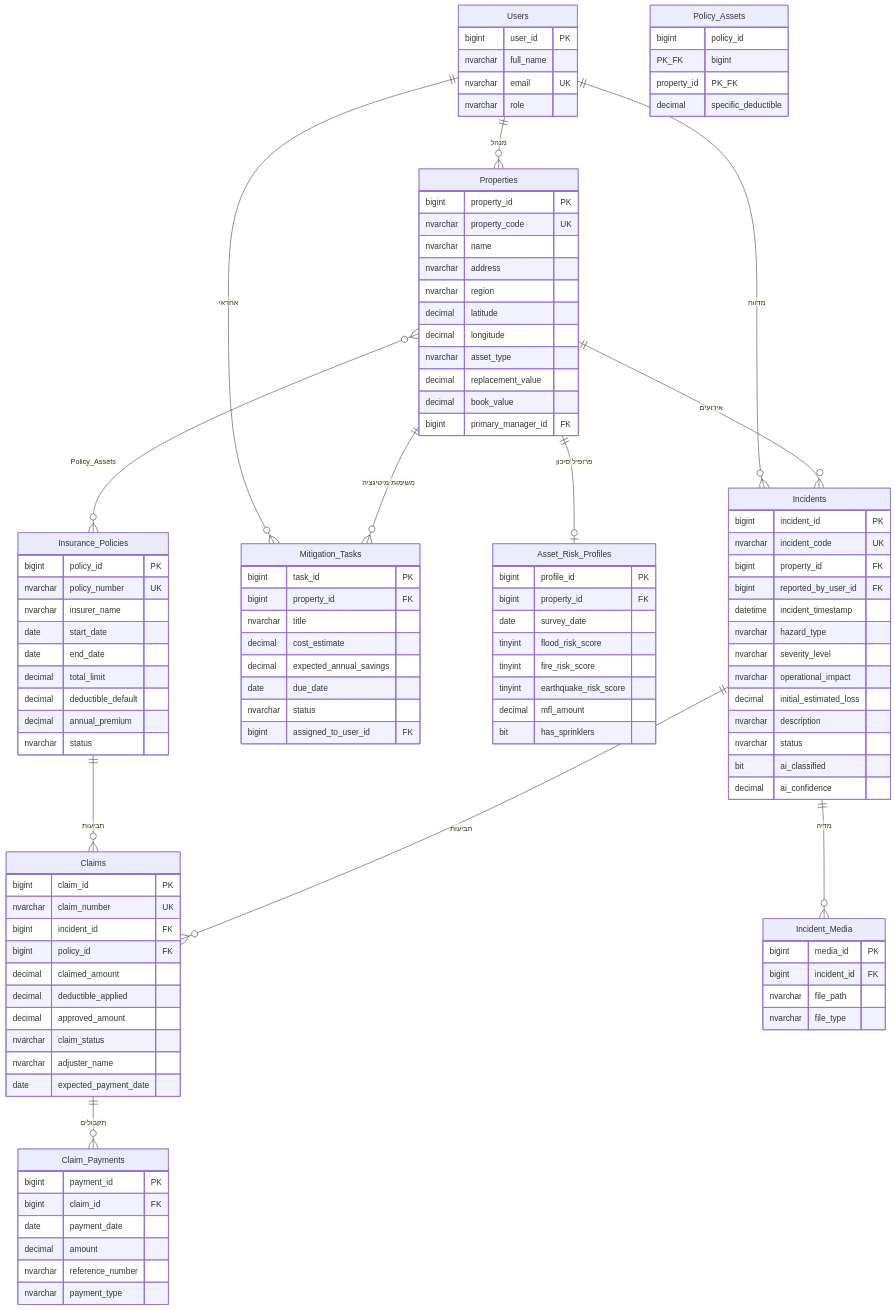
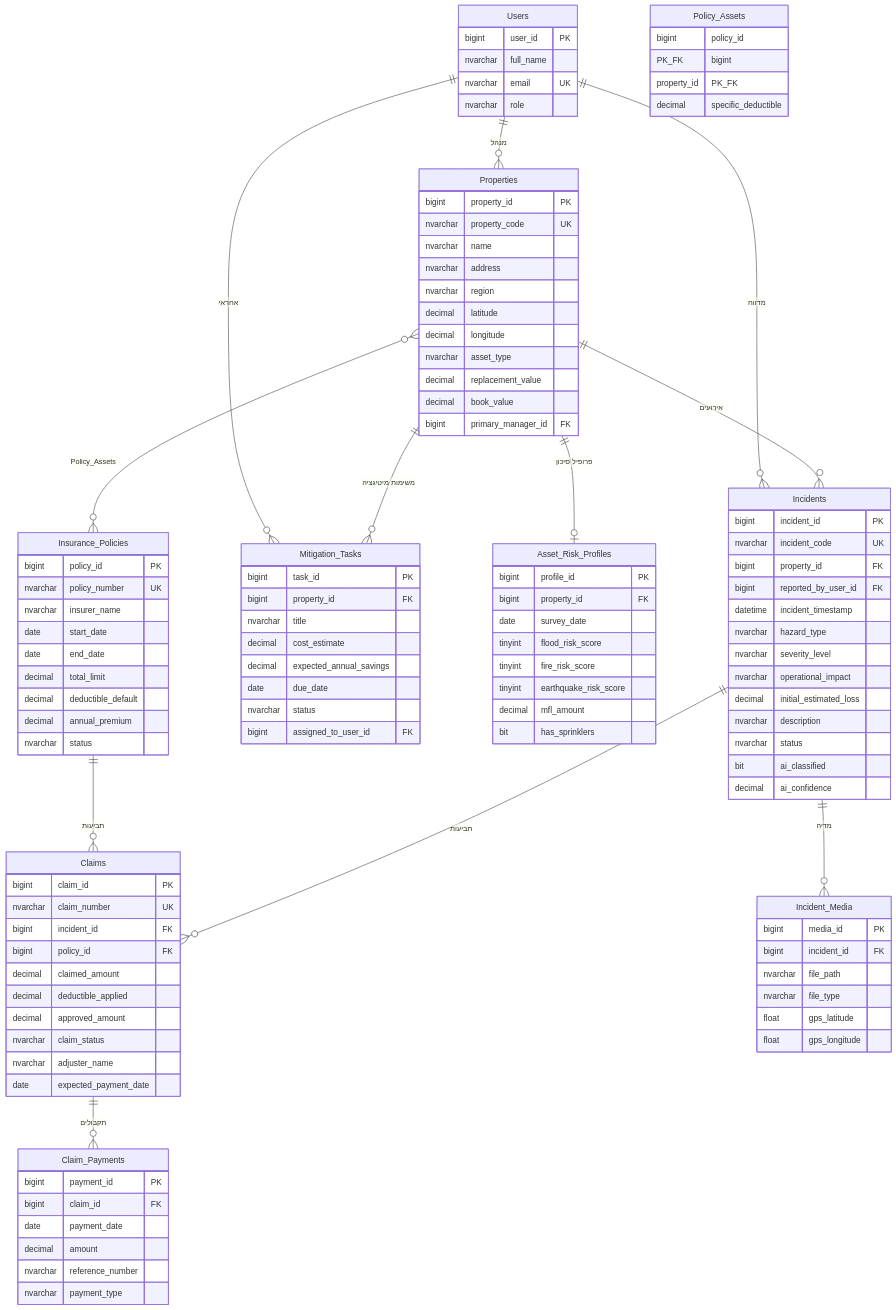
The diagram in docs/erd.md (shonberkovich/risk-management-system), drawn with Mermaid before and after one commit. The commit also changed 7 other files, not shown here.

```diff
--- a/docs/erd.md
+++ b/docs/erd.md
@@ -80,6 +80,8 @@
         bigint incident_id FK
         nvarchar file_path
         nvarchar file_type
+        float gps_latitude
+        float gps_longitude
     }
 
     Claims {
```
